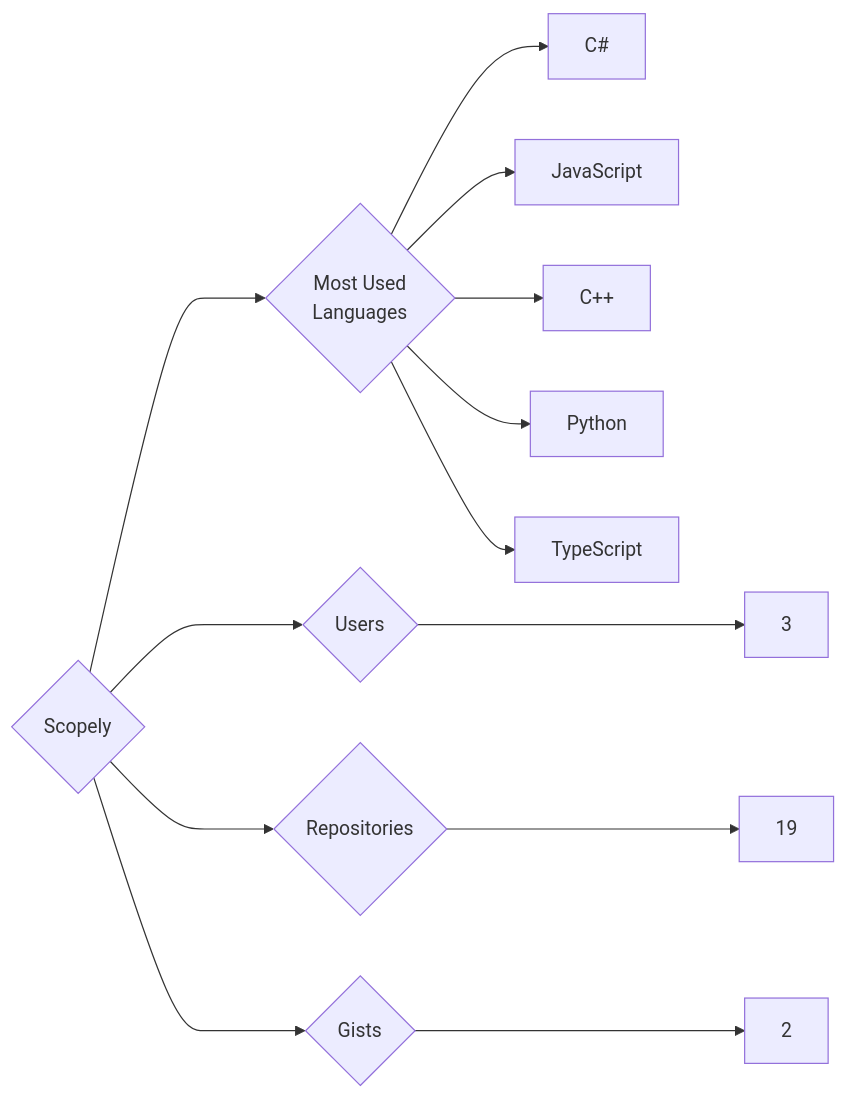
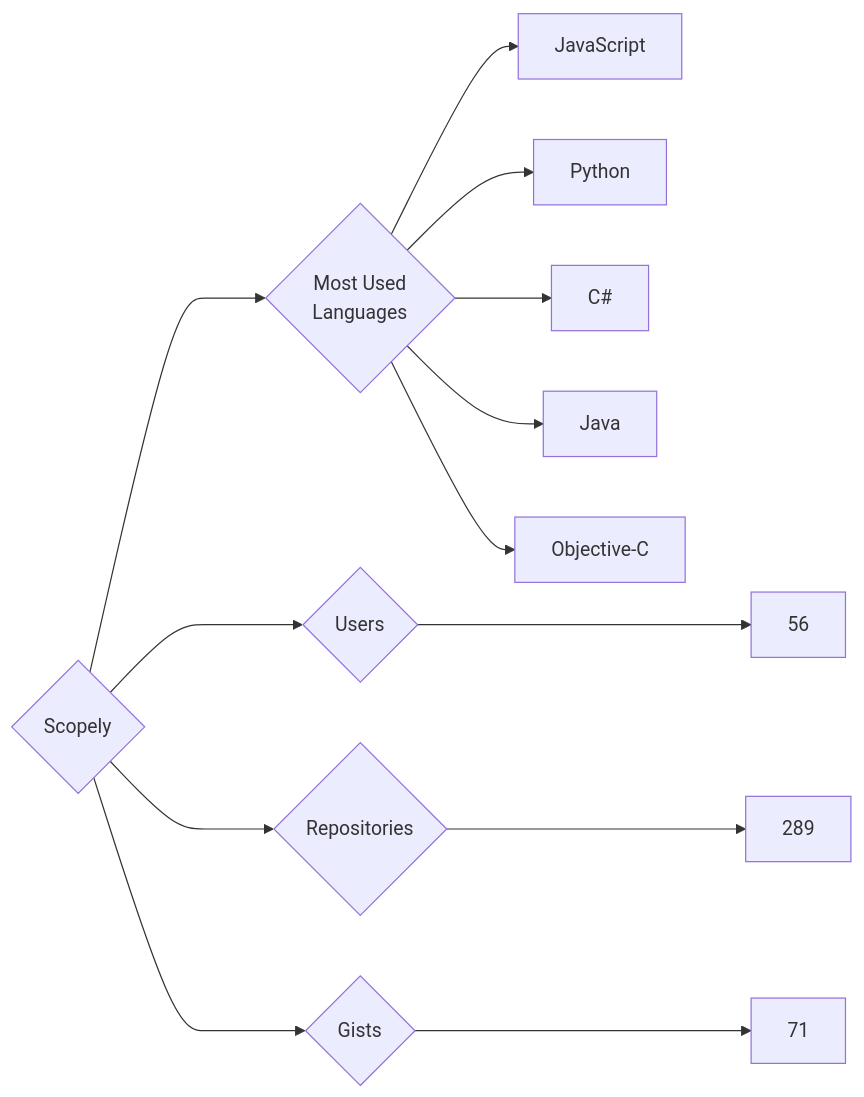
One commit to trickest/insiders changed the diagram in targets/Scopely/README.md. Above: the diagram before and after it, drawn with Mermaid. The commit also changed 597 other files, not shown here.

````diff
--- a/targets/Scopely/README.md
+++ b/targets/Scopely/README.md
@@ -3,13 +3,13 @@
 ```mermaid
 graph LR
 COMPANY_NAME{Scopely}
-COMPANY_NAME ---> U{Users} ---> UN[3]
-COMPANY_NAME ---> R{Repositories} ---> RN[19]
-COMPANY_NAME ---> G{Gists} ---> GN[2]
+COMPANY_NAME ---> U{Users} ---> UN[56]
+COMPANY_NAME ---> R{Repositories} ---> RN[289]
+COMPANY_NAME ---> G{Gists} ---> GN[71]
 COMPANY_NAME ---> ML{Most Used<br>Languages}
+ML --> JavaScript[JavaScript]
+ML --> Python[Python]
 ML --> C#[C#]
-ML --> JavaScript[JavaScript]
-ML --> C++[C++]
-ML --> Python[Python]
-ML --> TypeScript[TypeScript]
+ML --> Java[Java]
+ML --> Objective-C[Objective-C]
 ```
````
